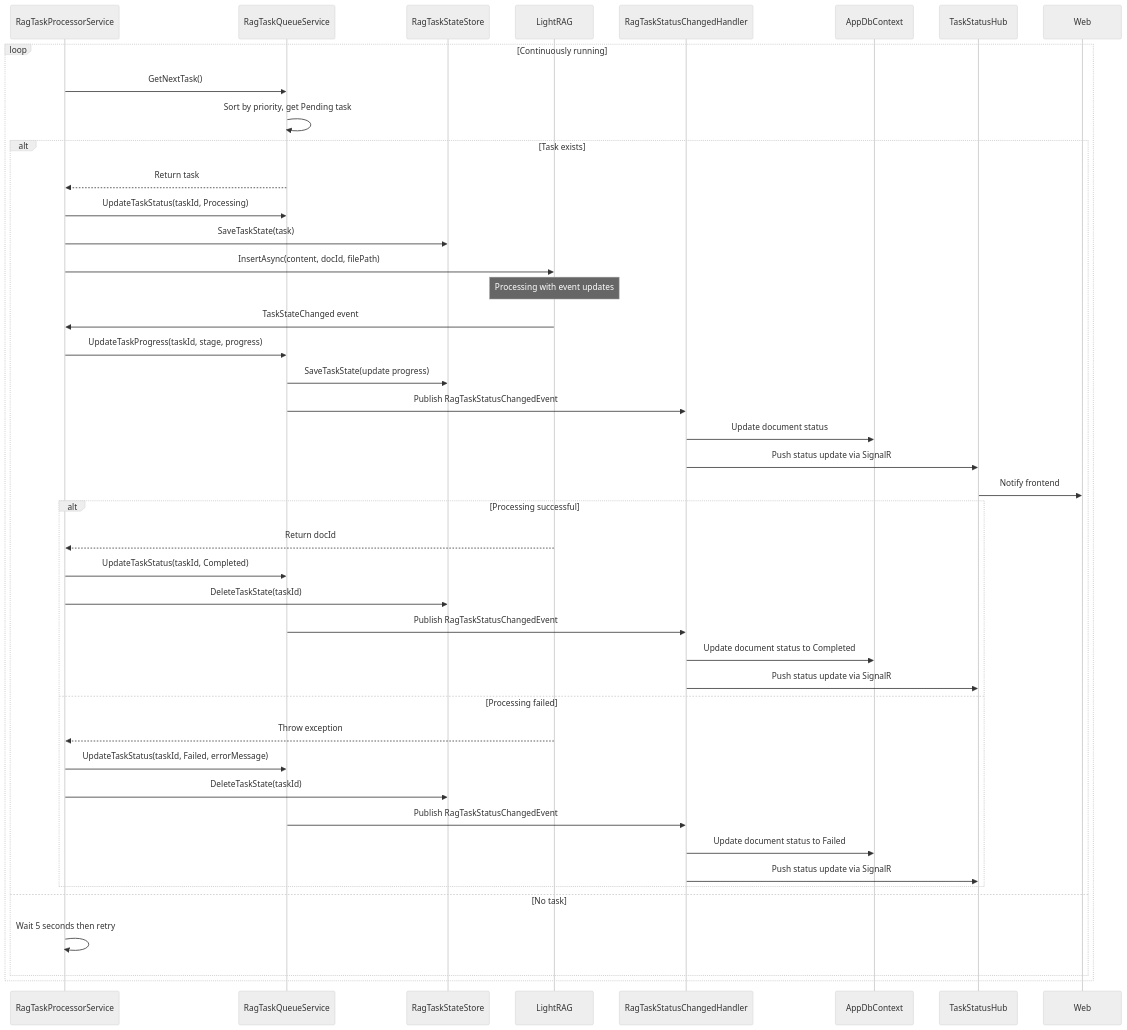
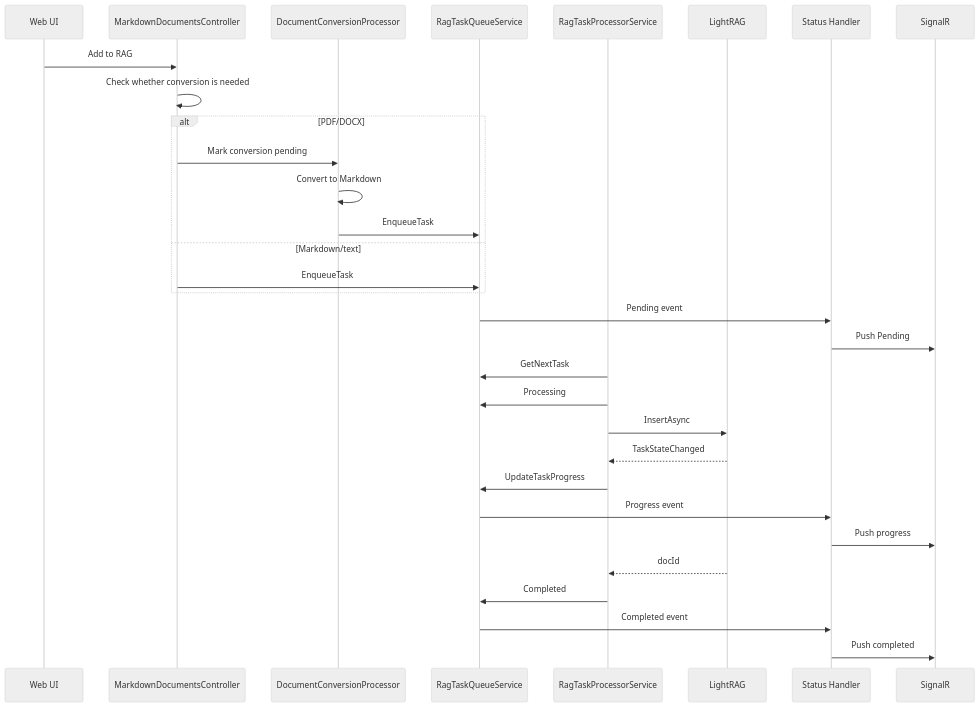
The second of 2 diagrams in RAG-Task-Queue-Processing-Solution.md (doomclouds/LightRAGNet), drawn with Mermaid (neutral theme) before and after one commit. The commit also changed other lines of this file and 12 other files, not shown here.

````diff
--- a/RAG-Task-Queue-Processing-Solution.md
+++ b/RAG-Task-Queue-Processing-Solution.md
@@ -323,51 +148,34 @@
 ```mermaid
 sequenceDiagram
+    participant UI as Web UI
+    participant API as MarkdownDocumentsController
+    participant Conv as DocumentConversionProcessor
+    participant Queue as RagTaskQueueService
     participant Processor as RagTaskProcessorService
-    participant Queue as RagTaskQueueService
-    participant Store as RagTaskStateStore
-    participant RAG as LightRAG
-    participant Handler as RagTaskStatusChangedHandler
-    participant DB as AppDbContext
-    participant Hub as TaskStatusHub
-    
-    loop Continuously running
-        Processor->>Queue: GetNextTask()
-        Queue->>Queue: Sort by priority, get Pending task
-        
-        alt Task exists
-            Queue-->>Processor: Return task
-            
-            Processor->>Queue: UpdateTaskStatus(taskId, Processing)
-            Processor->>Store: SaveTaskState(task)
-            
-            Processor->>RAG: InsertAsync(content, docId, filePath)
-            
-            Note over RAG: Processing with event updates
-            RAG->>Processor: TaskStateChanged event
-            Processor->>Queue: UpdateTaskProgress(taskId, stage, progress)
-            Queue->>Store: SaveTaskState(update progress)
-            Queue->>Handler: Publish RagTaskStatusChangedEvent
-            Handler->>DB: Update document status
-            Handler->>Hub: Push status update via SignalR
-            Hub->>Web: Notify frontend
-            
-            alt Processing successful
-                RAG-->>Processor: Return docId
-                Processor->>Queue: UpdateTaskStatus(taskId, Completed)
-                Processor->>Store: DeleteTaskState(taskId)
-                Queue->>Handler: Publish RagTaskStatusChangedEvent
-                Handler->>DB: Update document status to Completed
-                Handler->>Hub: Push status update via SignalR
-            else Processing failed
-                RAG-->>Processor: Throw exception
-                Processor->>Queue: UpdateTaskStatus(taskId, Failed, errorMessage)
-                Processor->>Store: DeleteTaskState(taskId)
-                Queue->>Handler: Publish RagTaskStatusChangedEvent
-                Handler->>DB: Update document status to Failed
-                Handler->>Hub: Push status update via SignalR
-            end
-        else No task
-            Processor->>Processor: Wait 5 seconds then retry
-        end
+    participant Rag as LightRAG
+    participant Handler as Status Handler
+    participant Hub as SignalR
+
+    UI->>API: Add to RAG
+    API->>API: Check whether conversion is needed
+    alt PDF/DOCX
+        API->>Conv: Mark conversion pending
+        Conv->>Conv: Convert to Markdown
+        Conv->>Queue: EnqueueTask
+    else Markdown/text
+        API->>Queue: EnqueueTask
     end
+    Queue->>Handler: Pending event
+    Handler->>Hub: Push Pending
+    Processor->>Queue: GetNextTask
+    Processor->>Queue: Processing
+    Processor->>Rag: InsertAsync
+    Rag-->>Processor: TaskStateChanged
+    Processor->>Queue: UpdateTaskProgress
+    Queue->>Handler: Progress event
+    Handler->>Hub: Push progress
+    Rag-->>Processor: docId
+    Processor->>Queue: Completed
+    Queue->>Handler: Completed event
+    Handler->>Hub: Push completed
 ```
````
